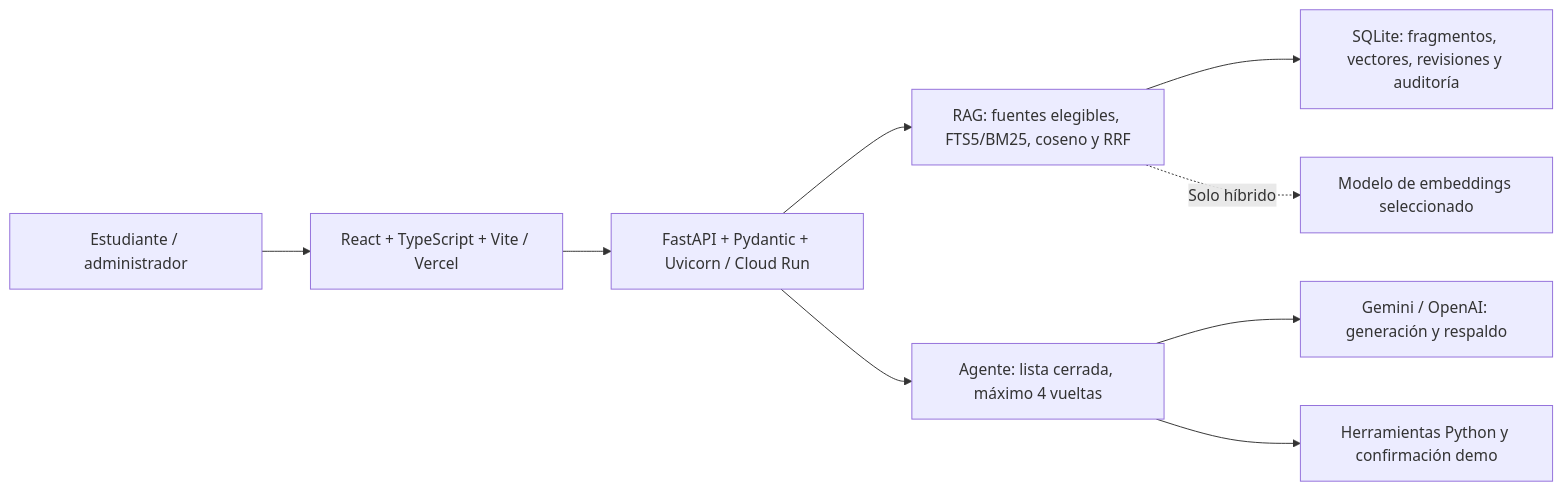
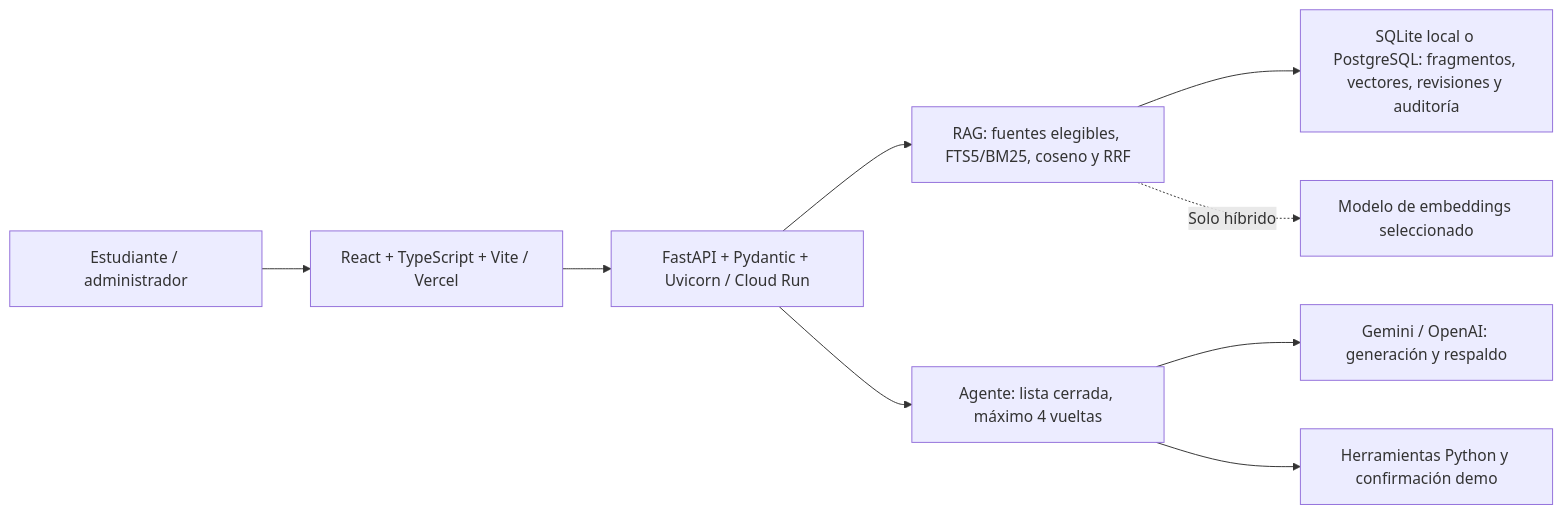
One commit to felipet73/SeminarioComplexivoGrupo1 changed the diagram in README.md. Above: the diagram before and after it, drawn with Mermaid. The commit also changed other lines of this file and 13 other files, not shown here.

Commit message:
test: ampliar persistencia PostgreSQL y documentar activacion Neon

````diff
--- a/README.md
+++ b/README.md
@@ -26,11 +26,11 @@
 ```mermaid
 flowchart LR
     U[Estudiante / administrador] --> F[React + TypeScript + Vite / Vercel]
     F --> A[FastAPI + Pydantic + Uvicorn / Cloud Run]
     A --> R[RAG: fuentes elegibles, FTS5/BM25, coseno y RRF]
-    R --> D[SQLite: fragmentos, vectores, revisiones y auditoría]
+    R --> D[SQLite local o PostgreSQL: fragmentos, vectores, revisiones y auditoría]
     A --> G[Agente: lista cerrada, máximo 4 vueltas]
     G --> L[Gemini / OpenAI: generación y respaldo]
     G --> T[Herramientas Python y confirmación demo]
     R -. Solo híbrido .-> E[Modelo de embeddings seleccionado]
 ```
````
